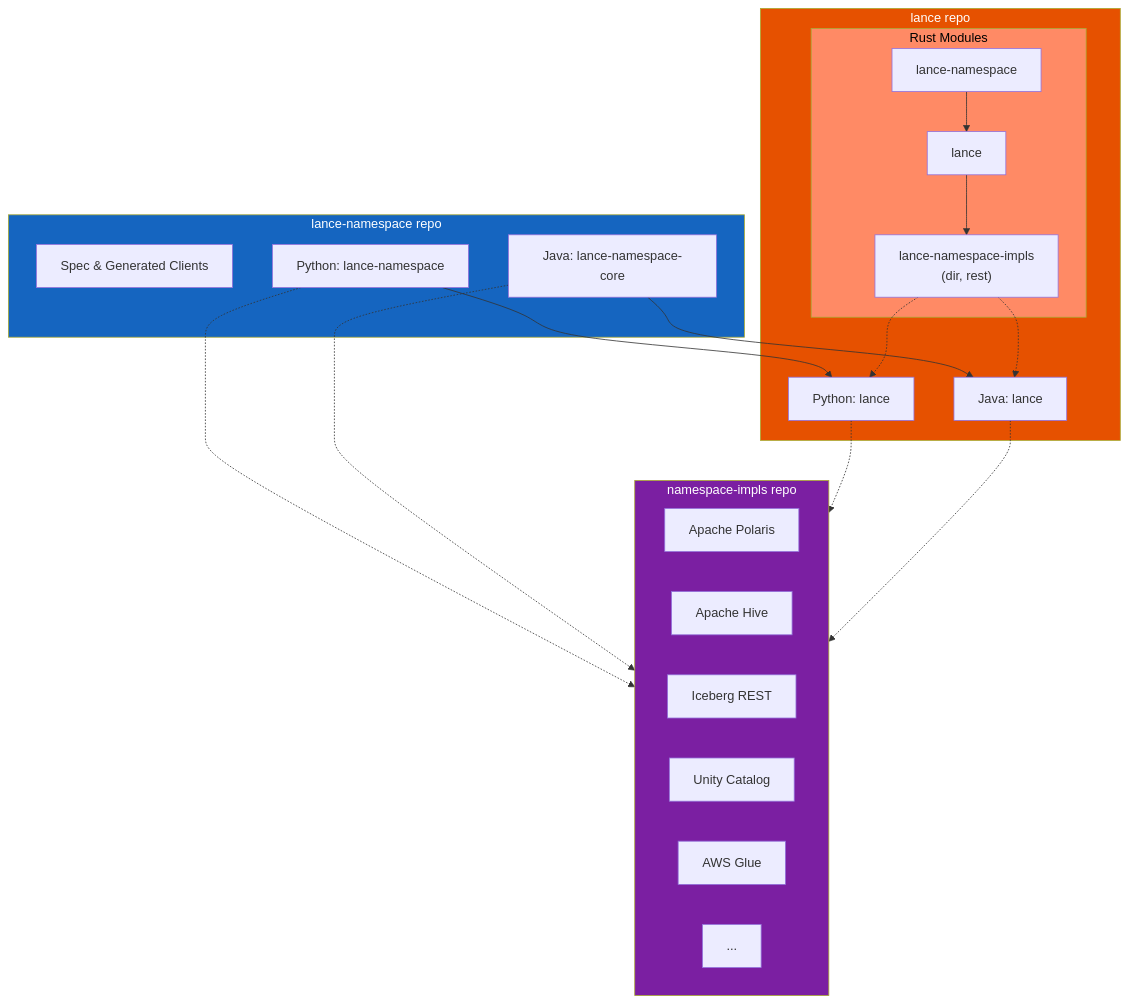
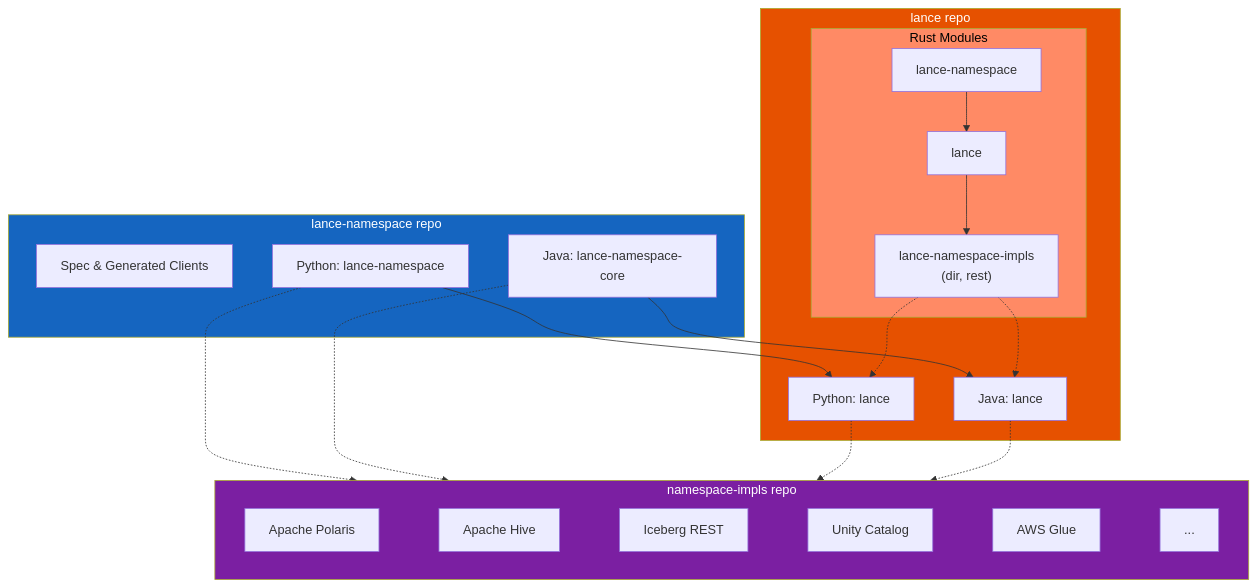
One commit to lancedb/lance-namespace changed the diagram in CONTRIBUTING.md. Above: the diagram before and after it, drawn with Mermaid.

Commit message:
update more

````diff
--- a/CONTRIBUTING.md
+++ b/CONTRIBUTING.md
@@ -52,49 +52,43 @@
 ```mermaid
 flowchart TB
     subgraph this_repo["lance-namespace repo"]
         spec["Spec & Generated Clients"]
         py_core["Python: lance-namespace"]
         java_core["Java: lance-namespace-core"]
     end
 
     subgraph lance_repo["lance repo"]
         subgraph rust_modules["Rust Modules"]
             rs_ns["lance-namespace"]
             rs_lance["lance"]
             rs_impls["lance-namespace-impls<br/>(dir, rest)"]
         end
         py_lance["Python: lance"]
         java_lance["Java: lance"]
     end
 
     subgraph impls_repo["namespace-impls repo"]
-        direction LR
-        polaris["Apache Polaris"]
-        hive["Apache Hive"]
-        iceberg_rest["Iceberg REST"]
-        unity["Unity Catalog"]
-        glue["AWS Glue"]
-        more["..."]
+        polaris["Apache Polaris"] ~~~ hive["Apache Hive"] ~~~ iceberg_rest["Iceberg REST"] ~~~ unity["Unity Catalog"] ~~~ glue["AWS Glue"] ~~~ more["..."]
     end
 
     %% Rust dependencies (source build)
     rs_ns --> rs_lance
     rs_lance --> rs_impls
 
     %% Python/Java dependencies
     py_core --> py_lance
     java_core --> java_lance
     rs_impls -.-> py_lance
     rs_impls -.-> java_lance
 
     %% Other implementations depend on core interfaces and lance bindings
     py_core -.-> impls_repo
     java_core -.-> impls_repo
     py_lance -.-> impls_repo
     java_lance -.-> impls_repo
 
     style this_repo fill:#1565c0,color:#fff
     style lance_repo fill:#e65100,color:#fff
     style impls_repo fill:#7b1fa2,color:#fff
     style rust_modules fill:#ff8a65,color:#000
 ```
````
